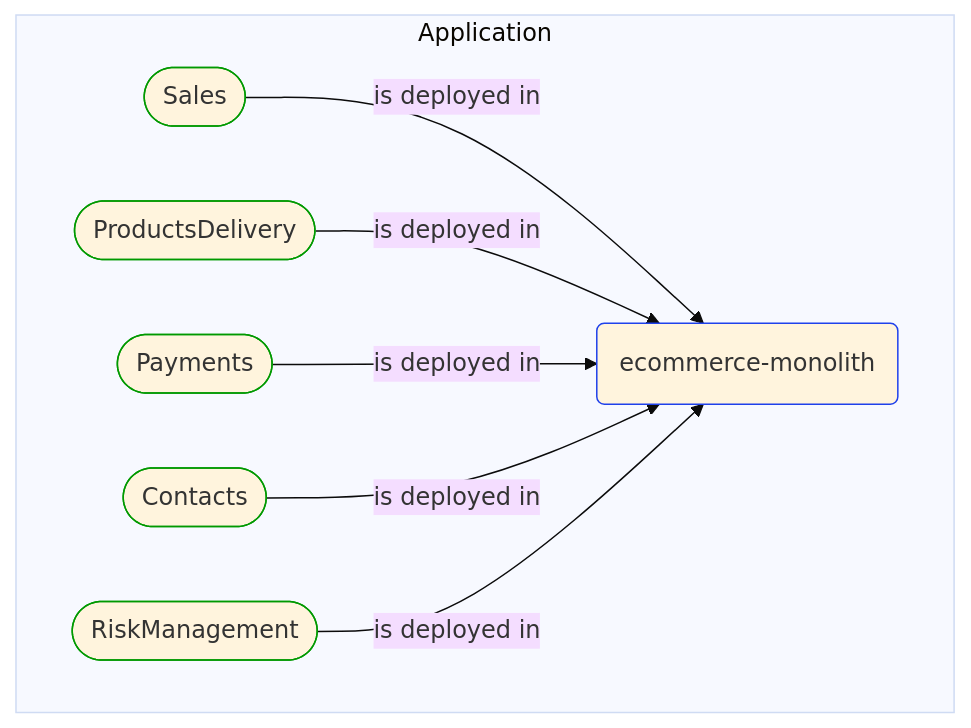
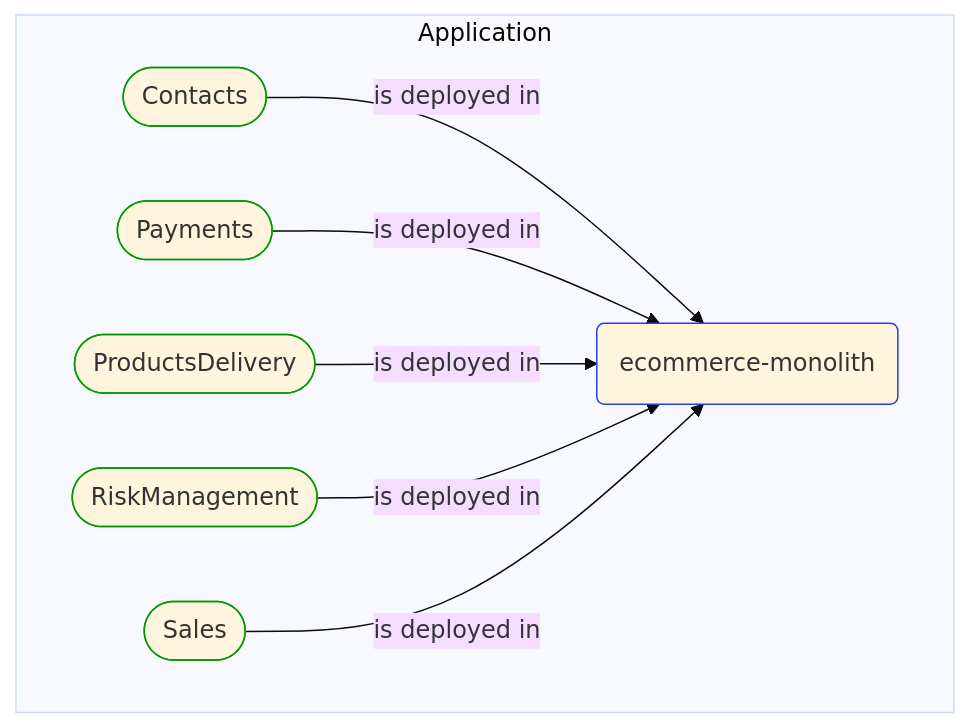
The first of 2 diagrams in Docs/P3/MermaidOutput/DeployableUnits/ecommerce-monolith.md (itlibrium/DDD-starter-dotnet), drawn with Mermaid (base theme) before and after one commit. The commit also changed other lines of this file and 78 other files, not shown here.

````diff
--- a/Docs/P3/MermaidOutput/DeployableUnits/ecommerce-monolith.md
+++ b/Docs/P3/MermaidOutput/DeployableUnits/ecommerce-monolith.md
@@ -17,25 +17,25 @@
 ```mermaid
   flowchart TB
     subgraph 0["Application"]
       1(ecommerce-monolith)
       class 1 TechnologyPerspective
-      2([Sales])
+      2([Contacts])
       class 2 DomainPerspective
       2-->|is deployed in|1
-      3([ProductsDelivery])
+      3([Payments])
       class 3 DomainPerspective
       3-->|is deployed in|1
-      4([Payments])
+      4([ProductsDelivery])
       class 4 DomainPerspective
       4-->|is deployed in|1
-      5([Contacts])
+      5([RiskManagement])
       class 5 DomainPerspective
       5-->|is deployed in|1
-      6([RiskManagement])
+      6([Sales])
       class 6 DomainPerspective
       6-->|is deployed in|1
     end
     classDef DomainPerspective stroke:#009900
     classDef TechnologyPerspective stroke:#1F41EB
     classDef PeoplePerspective stroke:#FFF014
 ```
````
